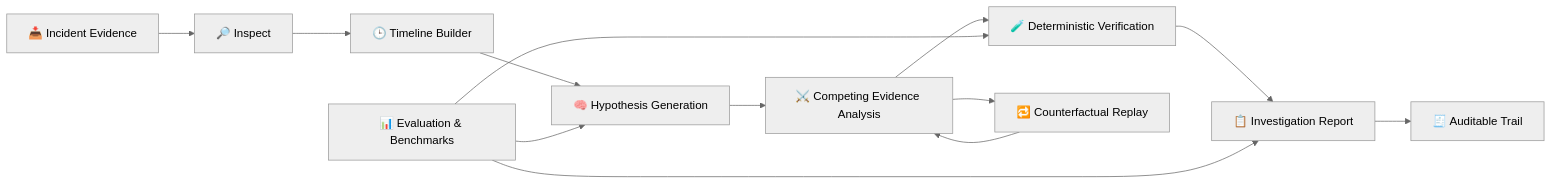
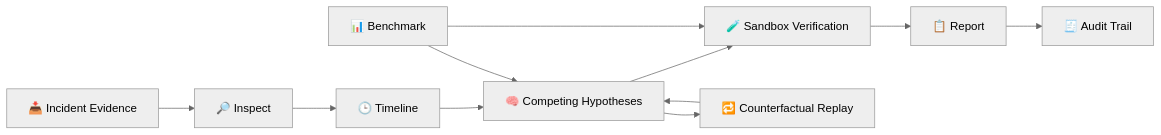
One commit to nitindrathod4-alt/opstwin-agentic-workflows changed the diagram in README.md. Above: the diagram before and after it, drawn with Mermaid (neutral theme). The commit also changed other lines of this file, not shown here.

````diff
--- a/README.md
+++ b/README.md
@@ -62,15 +87,13 @@
 ```mermaid
 flowchart LR
     A[📥 Incident Evidence] --> B[🔎 Inspect]
-    B --> C[🕒 Timeline Builder]
-    C --> D[🧠 Hypothesis Generation]
-    D --> E[⚔️ Competing Evidence Analysis]
-    E --> F[🧪 Deterministic Verification]
-    F --> G[📋 Investigation Report]
-    G --> H[🧾 Auditable Trail]
-    E --> I[🔁 Counterfactual Replay]
+    B --> C[🕒 Timeline]
+    C --> D[🧠 Competing Hypotheses]
+    D --> E[🧪 Sandbox Verification]
+    E --> F[📋 Report]
+    F --> G[🧾 Audit Trail]
+    D --> H[🔁 Counterfactual Replay]
+    H --> D
+    I[📊 Benchmark] --> D
     I --> E
-    J[📊 Evaluation & Benchmarks] --> D
-    J --> F
-    J --> G
 ```
````
